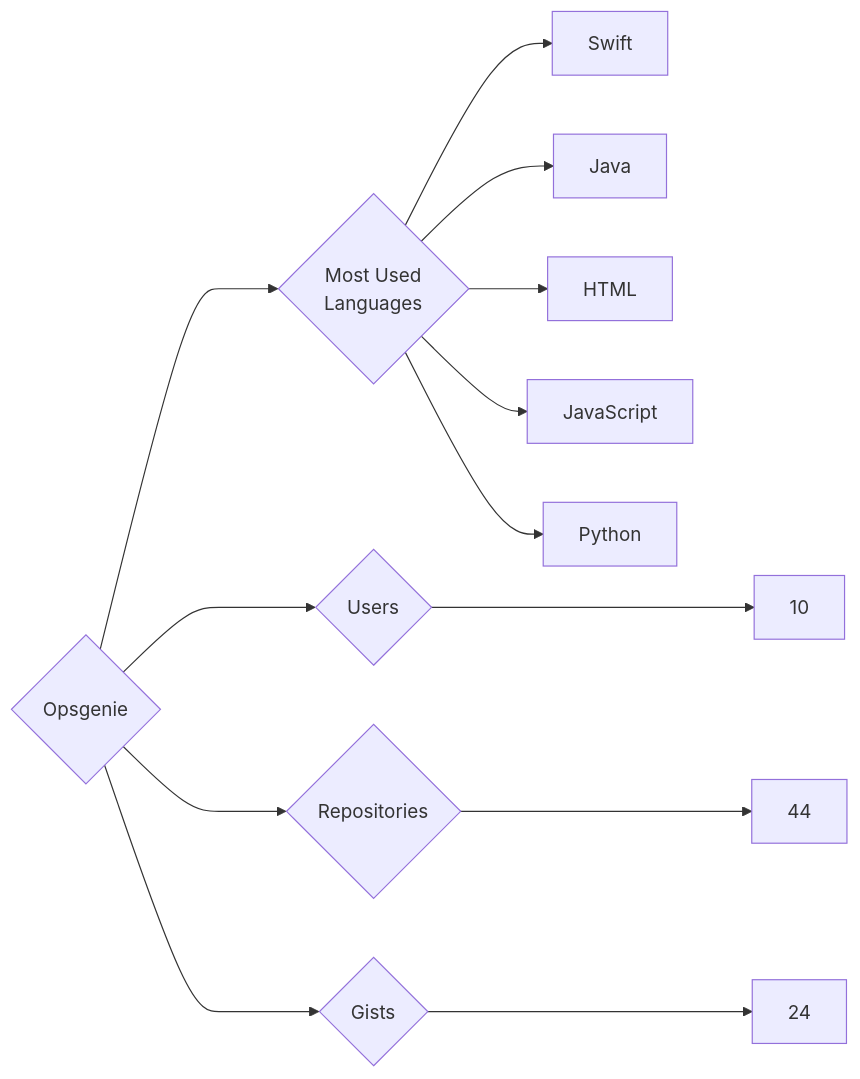
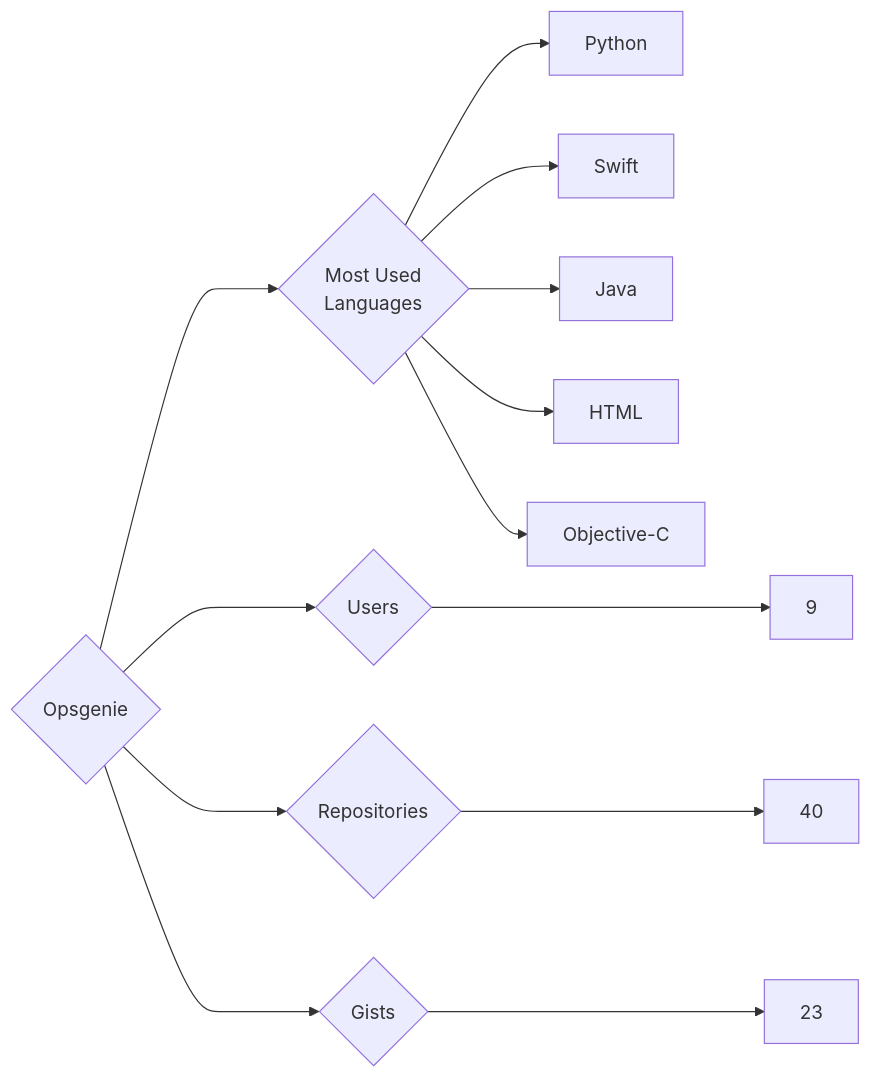
Before and after one commit to trickest/insiders: the diagram in targets/Opsgenie/README.md, drawn with Mermaid. The commit also changed 1508 other files, not shown here.

````diff
--- a/targets/Opsgenie/README.md
+++ b/targets/Opsgenie/README.md
@@ -3,13 +3,13 @@
 ```mermaid
 graph LR
 COMPANY_NAME{Opsgenie}
-COMPANY_NAME ---> U{Users} ---> UN[10]
-COMPANY_NAME ---> R{Repositories} ---> RN[44]
-COMPANY_NAME ---> G{Gists} ---> GN[24]
+COMPANY_NAME ---> U{Users} ---> UN[9]
+COMPANY_NAME ---> R{Repositories} ---> RN[40]
+COMPANY_NAME ---> G{Gists} ---> GN[23]
 COMPANY_NAME ---> ML{Most Used<br>Languages}
+ML --> Python[Python]
 ML --> Swift[Swift]
 ML --> Java[Java]
 ML --> HTML[HTML]
-ML --> JavaScript[JavaScript]
-ML --> Python[Python]
+ML --> Objective-C[Objective-C]
 ```
````
